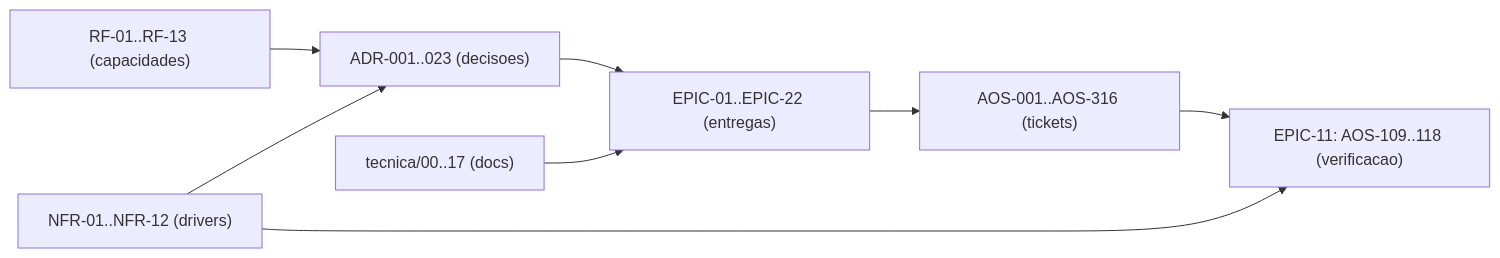
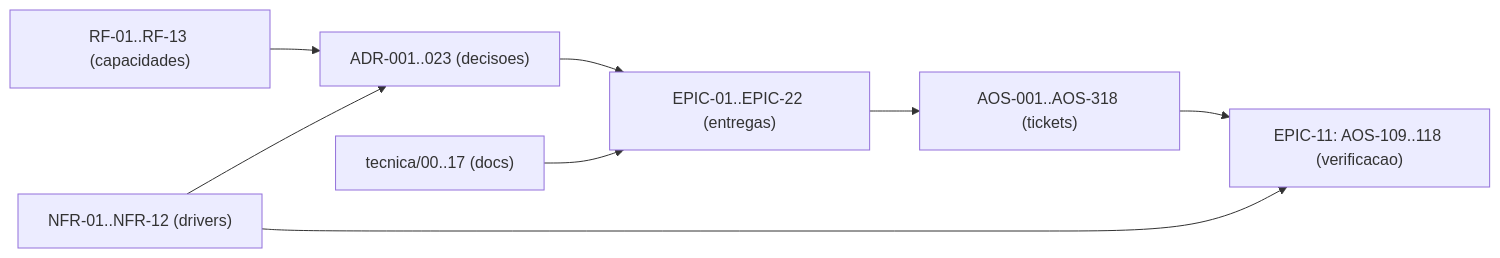
One commit to albinoJimy/aos changed the diagram in tecnica/16_Rastreabilidade_RTM.md. Above: the diagram before and after it, drawn with Mermaid. The commit also changed other lines of this file and 8 other files, not shown here.

````diff
--- a/tecnica/16_Rastreabilidade_RTM.md
+++ b/tecnica/16_Rastreabilidade_RTM.md
@@ -178,10 +180,10 @@
 ```mermaid
 flowchart LR
     RF["RF-01..RF-13 (capacidades)"] --> ADR["ADR-001..023 (decisoes)"]
     NFR["NFR-01..NFR-12 (drivers)"] --> ADR
     ADR --> EPIC["EPIC-01..EPIC-22 (entregas)"]
-    EPIC --> TICK["AOS-001..AOS-316 (tickets)"]
+    EPIC --> TICK["AOS-001..AOS-318 (tickets)"]
     DOC["tecnica/00..17 (docs)"] --> EPIC
     TICK --> TEST["EPIC-11: AOS-109..118 (verificacao)"]
     NFR --> TEST
 ```
````
